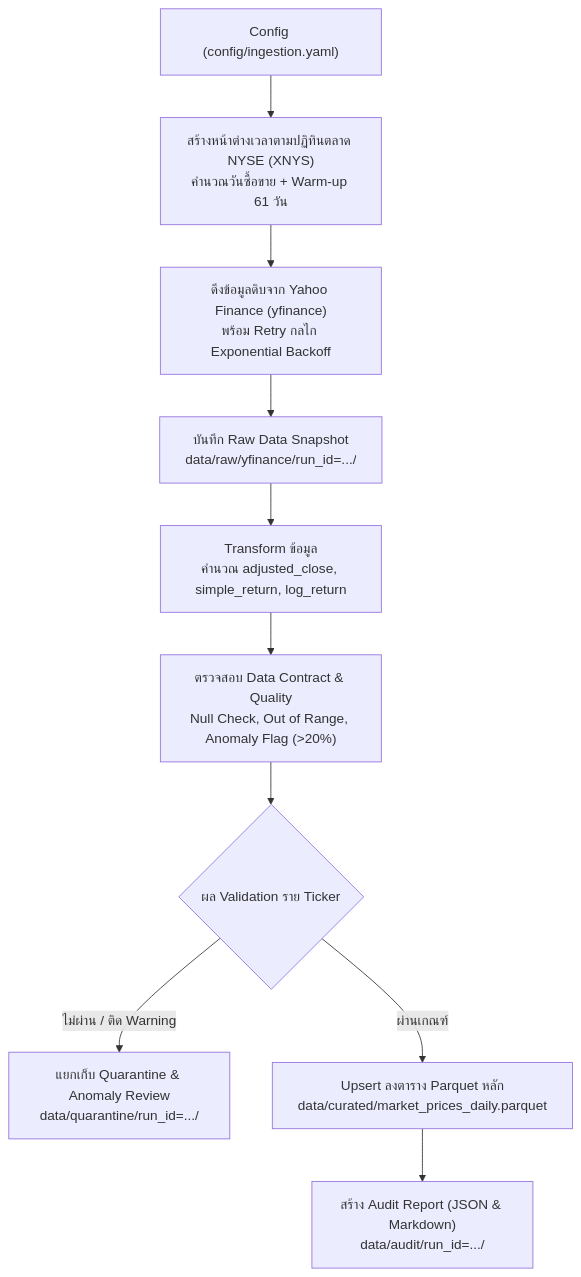
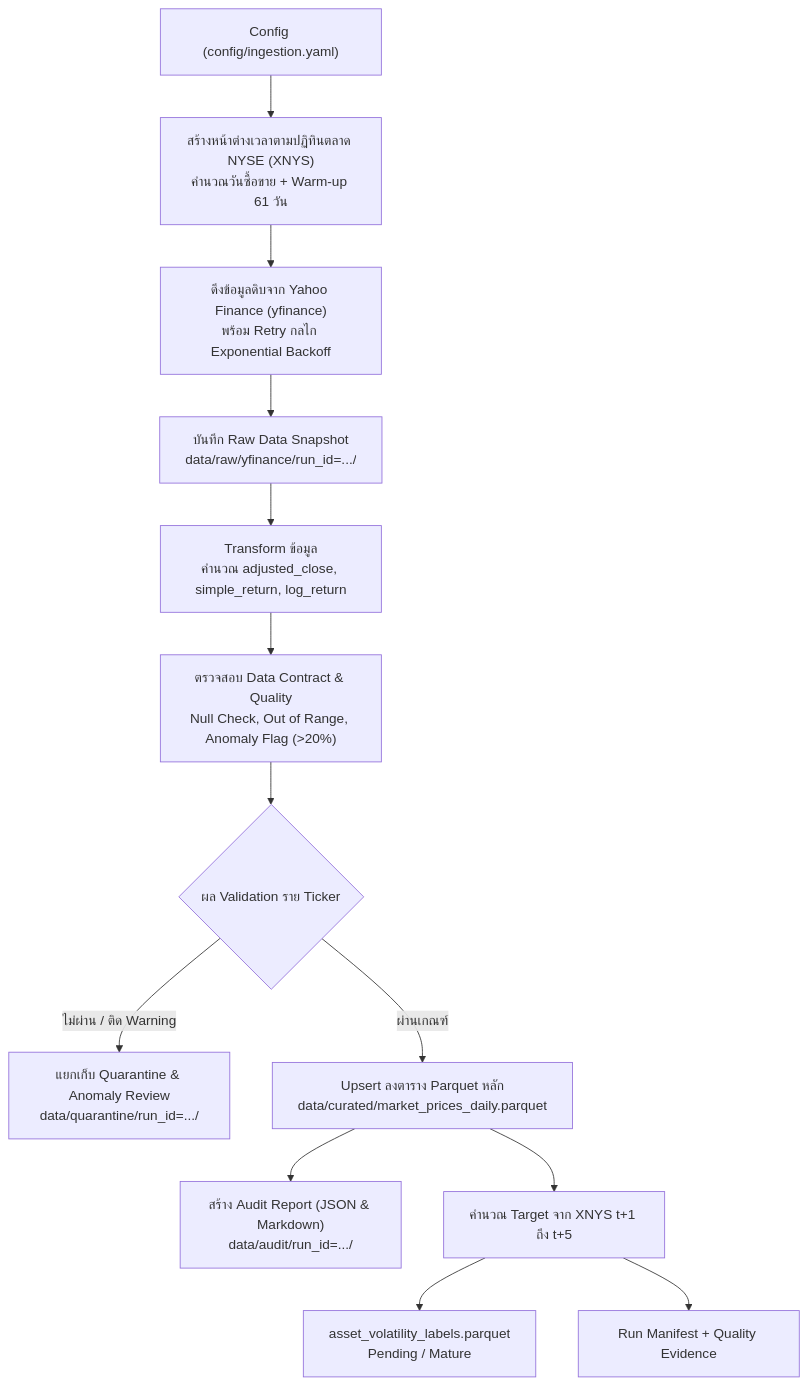
The diagram in README.md (01aptx01/datasci-and-dataen-project), drawn with Mermaid before and after one commit. The commit also changed other lines of this file and 1 other file, not shown here.

````diff
--- a/README.md
+++ b/README.md
@@ -28,12 +29,15 @@
 ```mermaid
 flowchart TD
     Config["Config (config/ingestion.yaml)"] --> Window["สร้างหน้าต่างเวลาตามปฏิทินตลาด NYSE (XNYS)<br>คำนวณวันซื้อขาย + Warm-up 61 วัน"]
     Window --> Fetch["ดึงข้อมูลดิบจาก Yahoo Finance (yfinance)<br>พร้อม Retry กลไก Exponential Backoff"]
     Fetch --> RawSnap["บันทึก Raw Data Snapshot<br>data/raw/yfinance/run_id=.../"]
     RawSnap --> Transform["Transform ข้อมูล<br>คำนวณ adjusted_close, simple_return, log_return"]
     Transform --> Validate["ตรวจสอบ Data Contract & Quality<br>Null Check, Out of Range, Anomaly Flag (>20%)"]
     Validate --> Quarantine{"ผล Validation ราย Ticker"}
     Quarantine -- "ไม่ผ่าน / ติด Warning" --> QDir["แยกเก็บ Quarantine & Anomaly Review<br>data/quarantine/run_id=.../"]
     Quarantine -- "ผ่านเกณฑ์" --> Publish["Upsert ลงตาราง Parquet หลัก<br>data/curated/market_prices_daily.parquet"]
     Publish --> Audit["สร้าง Audit Report (JSON & Markdown)<br>data/audit/run_id=.../"]
+    Publish --> Target["คำนวณ Target จาก XNYS t+1 ถึง t+5"]
+    Target --> Labels["asset_volatility_labels.parquet<br>Pending / Mature"]
+    Target --> TargetManifest["Run Manifest + Quality Evidence"]
 ```
````
